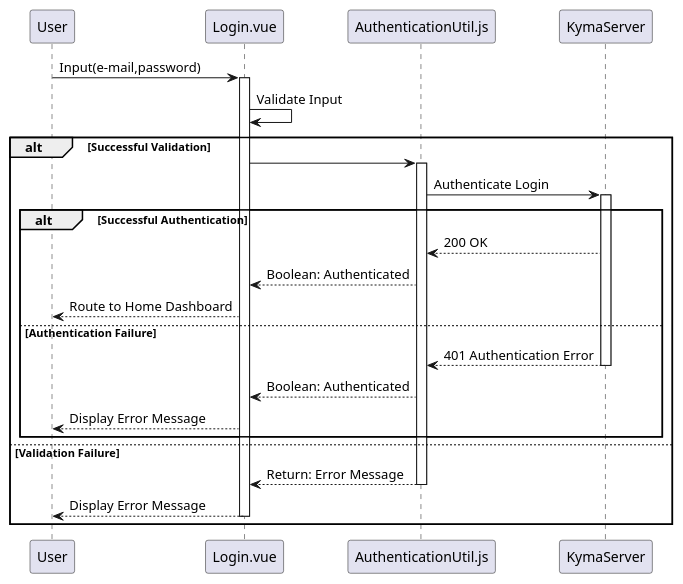
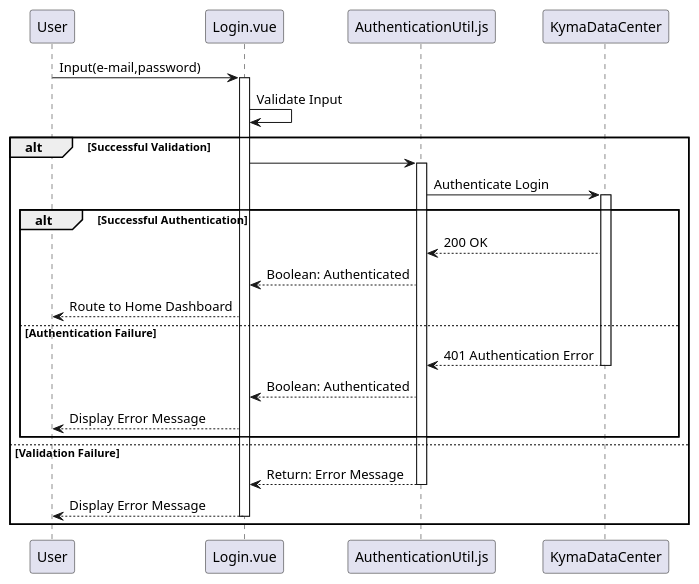
One commit to kyma-as/api-dashboard changed the diagram in Models/Login.puml. Above: the diagram before and after it, drawn with PlantUML. The commit also changed 1 other file, not shown here.

```diff
--- a/Models/Login.puml
+++ b/Models/Login.puml
@@ -1,33 +1,33 @@
 @startuml
 User->Login.vue:Input(e-mail,password)
 activate Login.vue
 
 Login.vue->Login.vue:Validate Input
 
 alt Successful Validation
 Login.vue->AuthenticationUtil.js
 activate AuthenticationUtil.js
 
- AuthenticationUtil.js->KymaServer:Authenticate Login
- activate KymaServer
+ AuthenticationUtil.js->KymaDataCenter:Authenticate Login
+ activate KymaDataCenter
  alt Successful Authentication
 
-  KymaServer-->AuthenticationUtil.js: 200 OK
+  KymaDataCenter-->AuthenticationUtil.js: 200 OK
   AuthenticationUtil.js-->Login.vue:Boolean: Authenticated
   Login.vue-->User:Route to Home Dashboard
  else Authentication Failure
 
-  KymaServer-->AuthenticationUtil.js: 401 Authentication Error
-  deactivate KymaServer
+  KymaDataCenter-->AuthenticationUtil.js: 401 Authentication Error
+  deactivate KymaDataCenter
   AuthenticationUtil.js-->Login.vue:Boolean: Authenticated
   Login.vue-->User:Display Error Message
   end
 
 else Validation Failure
 
  AuthenticationUtil.js-->Login.vue: Return: Error Message
  deactivate AuthenticationUtil.js
  Login.vue-->User:Display Error Message
  deactivate Login.vue
  end
 @enduml
```
